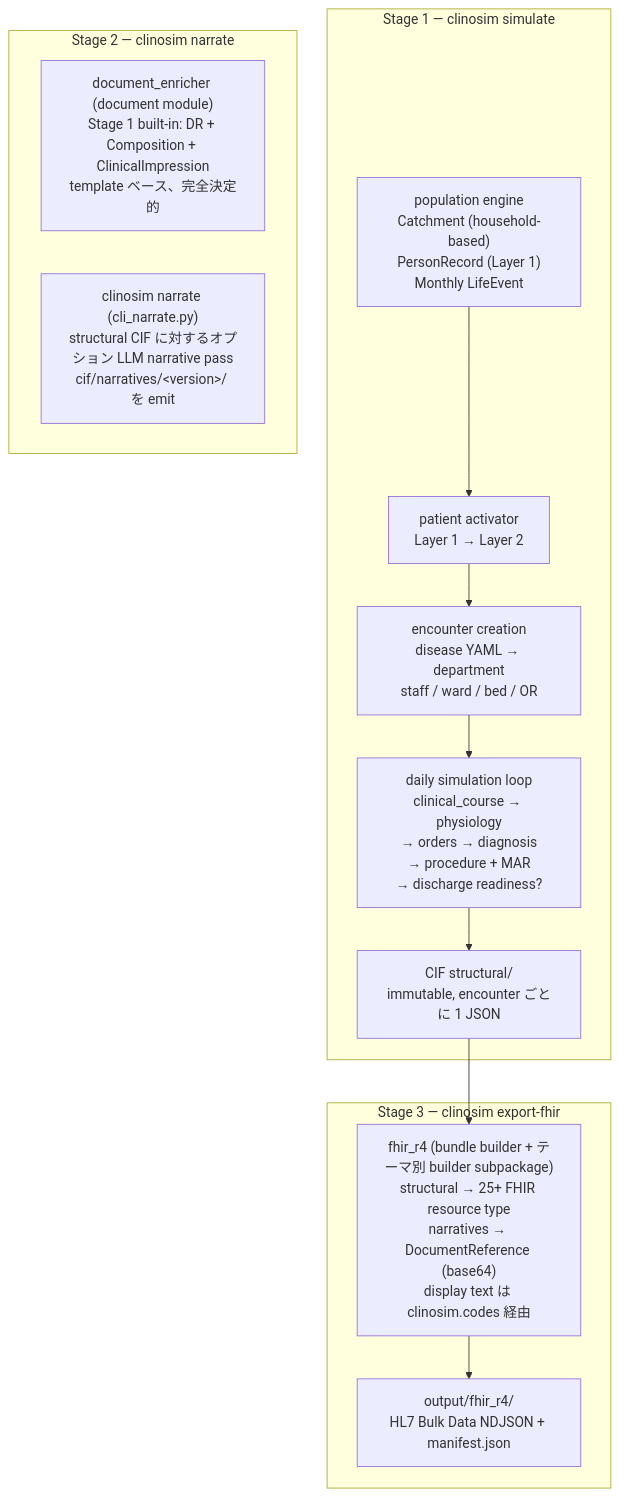
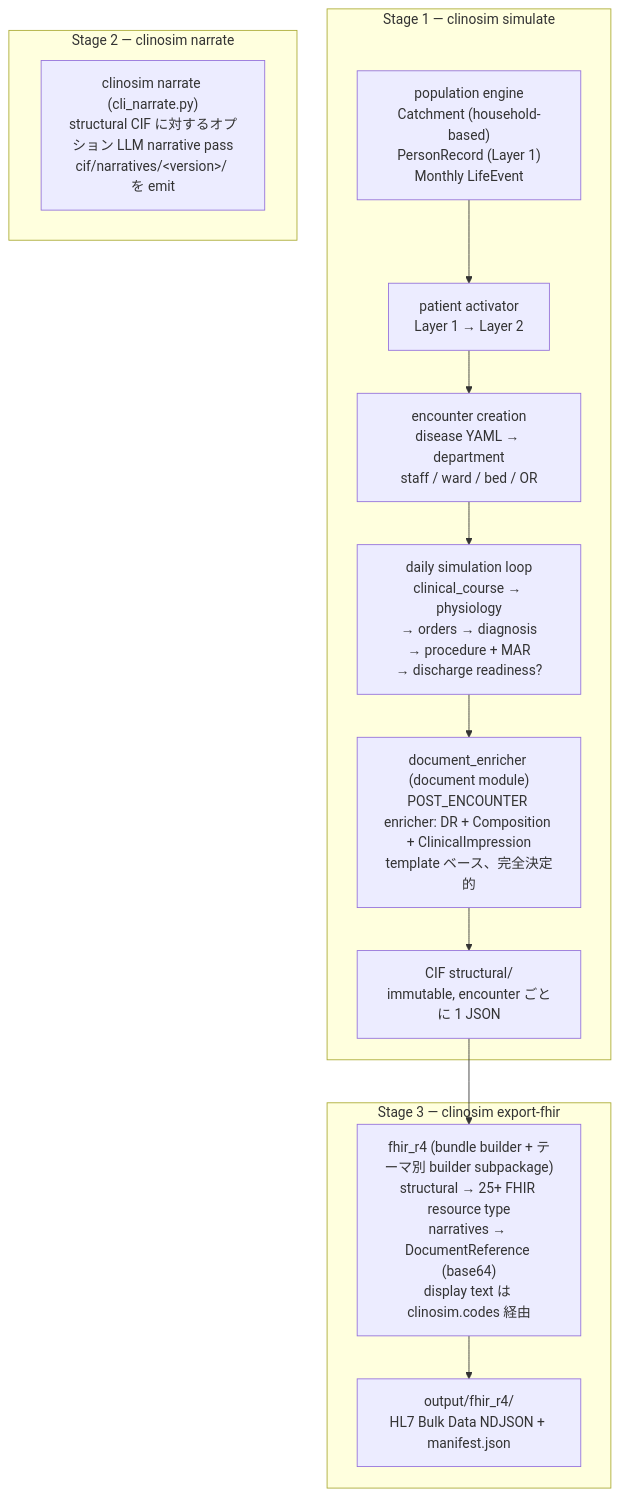
The diagram in docs/architecture/data-flow.ja.md (TomoOkuyama/clinosim), drawn with Mermaid before and after one commit. The commit also changed 19 other files, not shown here.

First line of the commit message:
docs(architecture): fix drift in architecture docs and by-design registry

````diff
--- a/docs/architecture/data-flow.ja.md
+++ b/docs/architecture/data-flow.ja.md
@@ -8,24 +8,24 @@
 ```mermaid
 flowchart TD
     subgraph stage1["Stage 1 — clinosim simulate"]
         pop["population engine<br/>Catchment (household-based)<br/>PersonRecord (Layer 1)<br/>Monthly LifeEvent"]
         act["patient activator<br/>Layer 1 → Layer 2"]
         enc["encounter creation<br/>disease YAML → department<br/>staff / ward / bed / OR"]
         loop["daily simulation loop<br/>clinical_course → physiology<br/>→ orders → diagnosis<br/>→ procedure + MAR<br/>→ discharge readiness?"]
+        gen2["document_enricher (document module)<br/>POST_ENCOUNTER enricher: DR + Composition + ClinicalImpression<br/>template ベース、完全決定的"]
         cif_s["CIF structural/<br/>immutable, encounter ごとに 1 JSON"]
-        pop --> act --> enc --> loop --> cif_s
+        pop --> act --> enc --> loop --> gen2 --> cif_s
     end
 
     subgraph stage2["Stage 2 — clinosim narrate"]
-        gen2["document_enricher (document module)<br/>Stage 1 built-in: DR + Composition + ClinicalImpression<br/>template ベース、完全決定的"]
         llm2["clinosim narrate (cli_narrate.py)<br/>structural CIF に対するオプション LLM narrative pass<br/>cif/narratives/&lt;version&gt;/ を emit"]
     end
 
     subgraph stage3["Stage 3 — clinosim export-fhir"]
         adapter["fhir_r4 (bundle builder + テーマ別 builder subpackage)<br/>structural → 25+ FHIR resource type<br/>narratives → DocumentReference (base64)<br/>display text は clinosim.codes 経由"]
         fhir["output/fhir_r4/<br/>HL7 Bulk Data NDJSON + manifest.json"]
         adapter --> fhir
     end
 
     cif_s --> adapter
 ```
````
